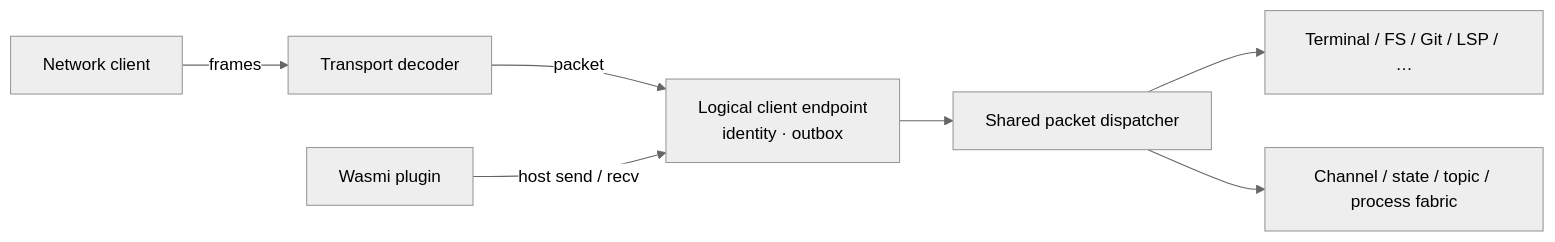
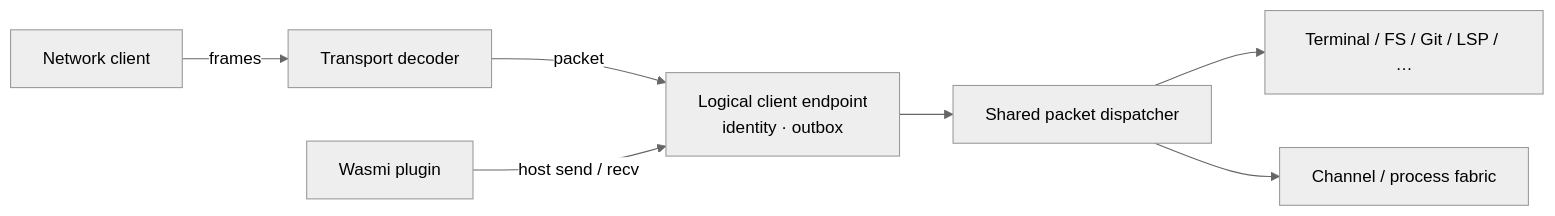
Before and after one commit to indent-com/blit: the diagram in docs/design/plugins.md, drawn with Mermaid (neutral theme). The commit also changed other lines of this file and 1 other file, not shown here.

Commit message:
docs: keep plugin communication channel-only

````diff
--- a/docs/design/plugins.md
+++ b/docs/design/plugins.md
@@ -110,9 +105,9 @@
 ```mermaid
 flowchart LR
     Network["Network client"] -->|frames| Decoder["Transport decoder"]
     Decoder -->|packet| Endpoint["Logical client endpoint<br/>identity · outbox"]
     Plugin["Wasmi plugin"] -->|host send / recv| Endpoint
     Endpoint --> Dispatcher["Shared packet dispatcher"]
     Dispatcher --> Existing["Terminal / FS / Git / LSP / …"]
-    Dispatcher --> Fabric["Channel / state / topic / process fabric"]
+    Dispatcher --> Fabric["Channel / process fabric"]
 ```
````
